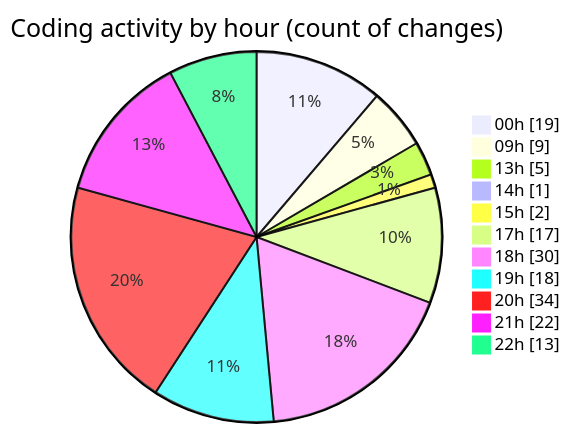
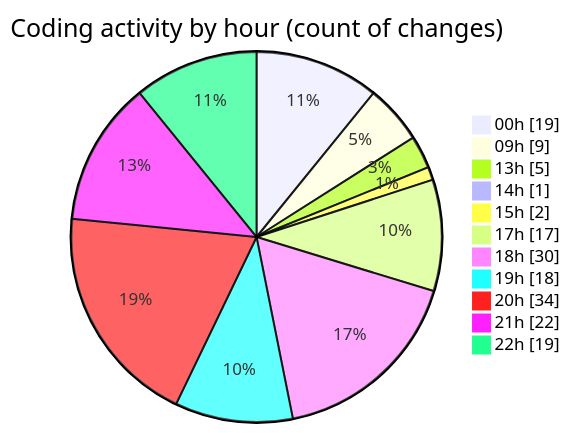
The second of 2 diagrams in 2025-08-12/ribbon/README.md (EIIisD/code-tracking), drawn with Mermaid before and after one commit. The commit also changed other lines of this file and 1 other file, not shown here.

````diff
--- a/2025-08-12/ribbon/README.md
+++ b/2025-08-12/ribbon/README.md
@@ -58,15 +58,15 @@
 ```mermaid
 pie showData
 title Coding activity by hour (count of changes)
 "00h" : 19
 "09h" : 9
 "13h" : 5
 "14h" : 1
 "15h" : 2
 "17h" : 17
 "18h" : 30
 "19h" : 18
 "20h" : 34
 "21h" : 22
-"22h" : 13
+"22h" : 19
 ```
````
